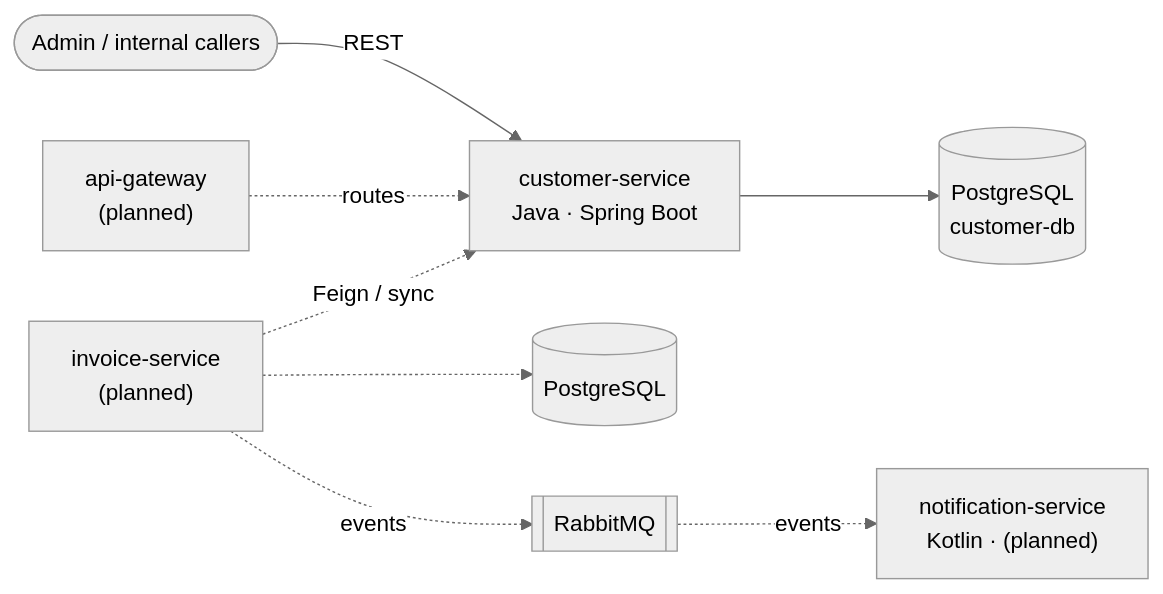
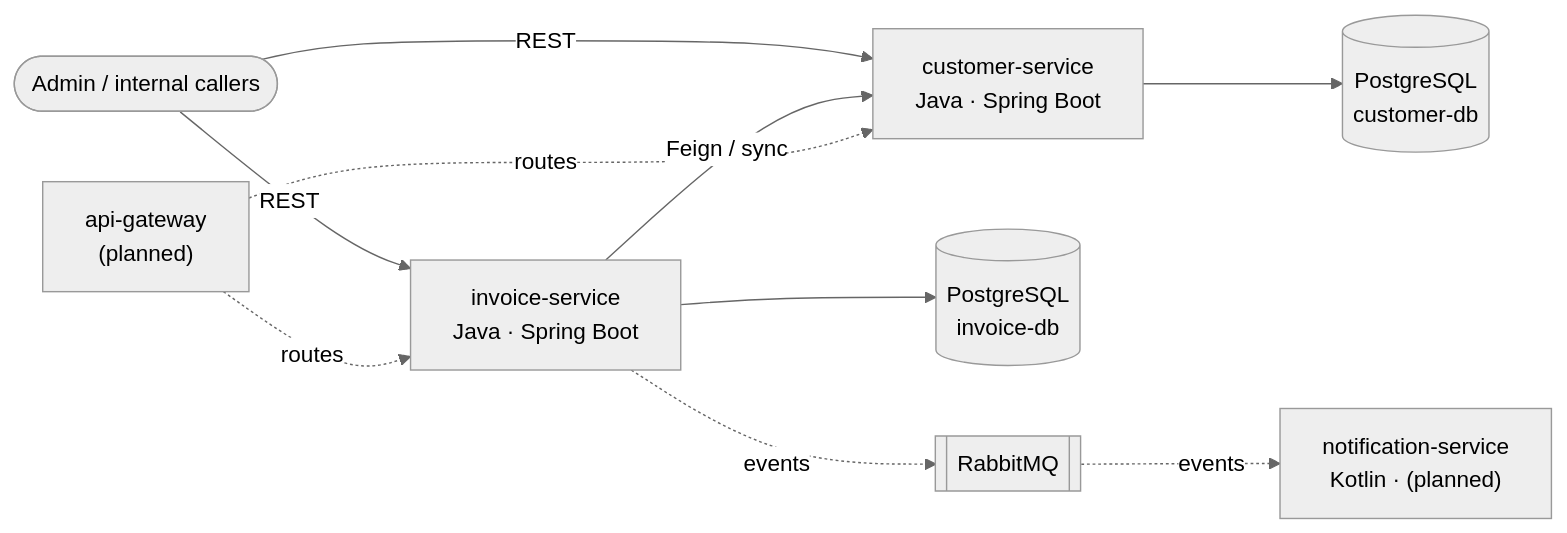
One commit to MCB1998/billing-platform changed the diagram in README.md. Above: the diagram before and after it, drawn with Mermaid (neutral theme). The commit also changed other lines of this file, not shown here.

Commit message:
Adapt readme after invoice-service implementation (#5)

````diff
--- a/README.md
+++ b/README.md
@@ -17,20 +17,21 @@
 ```mermaid
 flowchart LR
     admin([Admin / internal callers])
 
     admin -->|REST| cs["customer-service<br/>Java · Spring Boot"]
     cs --> csdb[("PostgreSQL<br/>customer-db")]
 
+    admin -->|REST| inv["invoice-service<br/>Java · Spring Boot"]
+    inv --> invdb[("PostgreSQL<br/>invoice-db")]
+    inv -->|Feign / sync| cs
+
     %% Planned services (not yet implemented)
     gw["api-gateway<br/>(planned)"]
-    inv["invoice-service<br/>(planned)"]
-    invdb[("PostgreSQL")]
     notif["notification-service<br/>Kotlin · (planned)"]
     mq[["RabbitMQ"]]
 
     gw -.->|routes| cs
-    inv -.->|Feign / sync| cs
-    inv -.-> invdb
+    gw -.->|routes| inv
     inv -.->|events| mq
     mq -.->|events| notif
 ```
````
